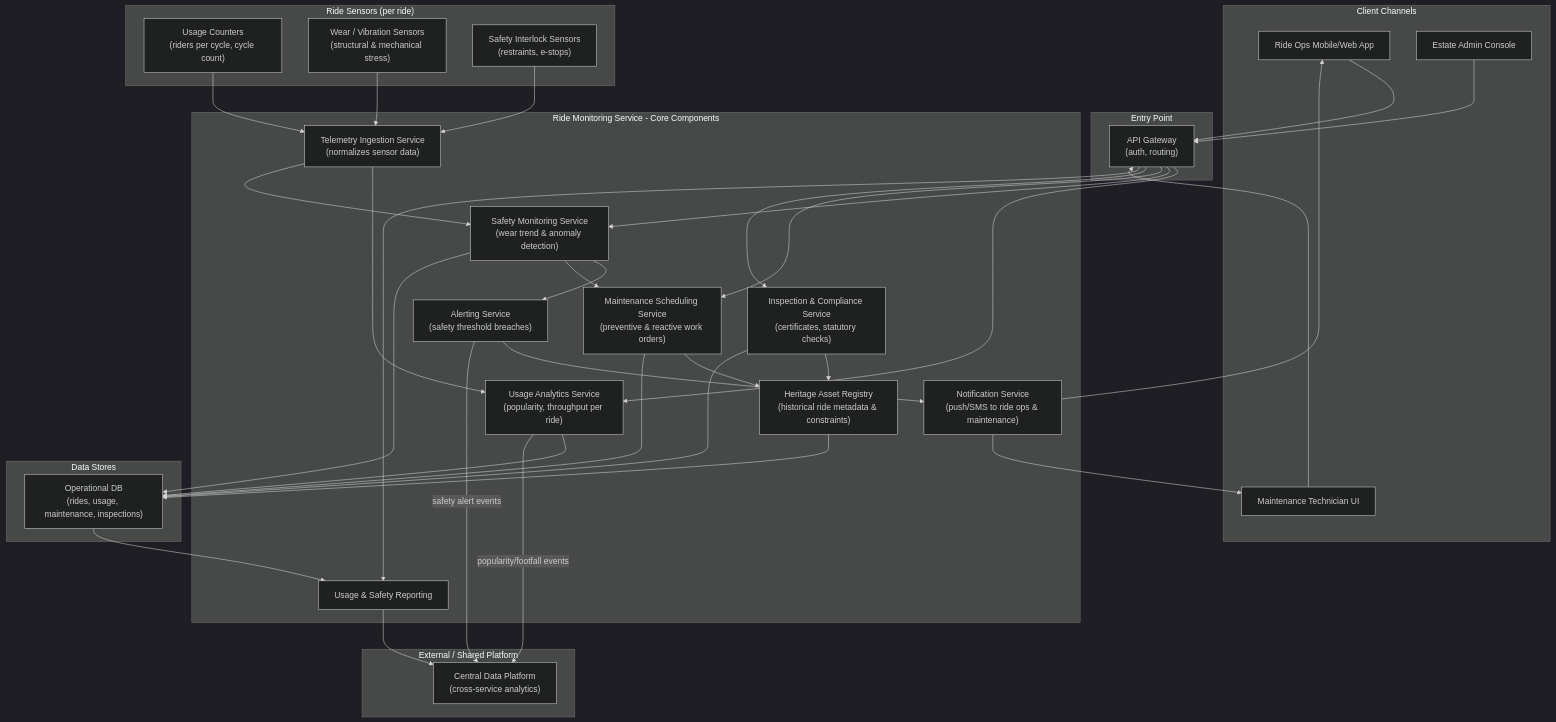
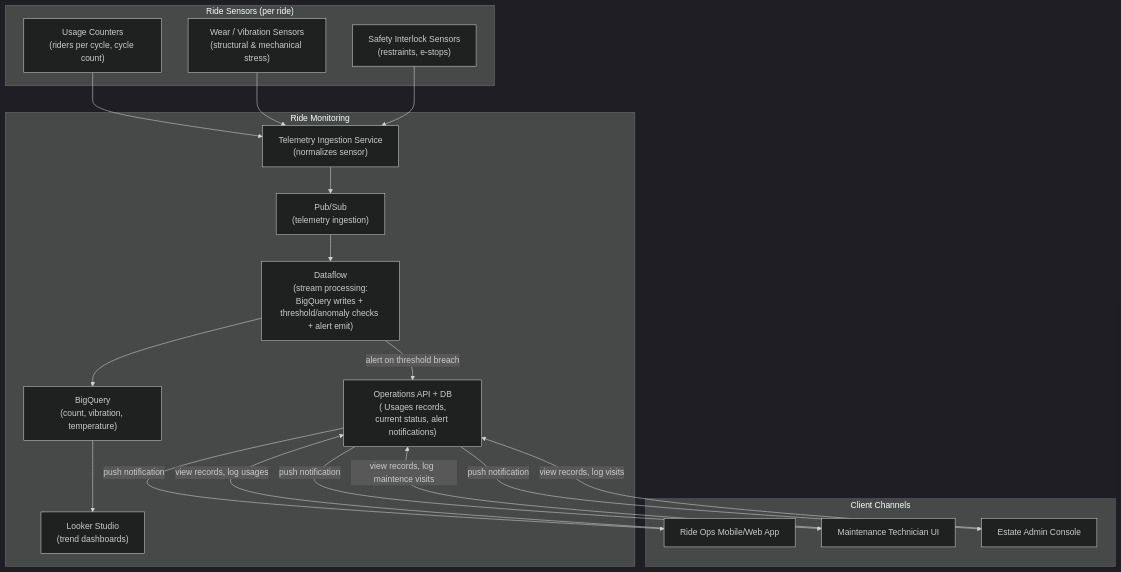
The diagram in hld/ride_monitoring_system/services.md (prafulnaveen/Marsian), drawn with Mermaid (dark theme) before and after one commit. The commit also changed other lines of this file and 3 other files, not shown here.

Commit message:
Updated the ride monitoring and animal health monitoring system

````diff
--- a/hld/ride_monitoring_system/services.md
+++ b/hld/ride_monitoring_system/services.md
@@ -5,76 +24,41 @@
 ```mermaid
 flowchart TB
-
-    subgraph CLIENTS["Client Channels"]
-        RIDEOPSAPP["Ride Ops Mobile/Web App"]
-        MAINTUI["Maintenance Technician UI"]
-        ADMINUI["Estate Admin Console"]
-    end
-
-    subgraph EDGE_ENTRY["Entry Point"]
-        APIGW["API Gateway\n(auth, routing)"]
-    end
 
     subgraph SENSORS["Ride Sensors (per ride)"]
         USAGESENSOR["Usage Counters\n(riders per cycle, cycle count)"]
         WEARSENSOR["Wear / Vibration Sensors\n(structural & mechanical stress)"]
         SAFETYSENSOR["Safety Interlock Sensors\n(restraints, e-stops)"]
     end
 
-    subgraph CORE["Ride Monitoring Service - Core Components"]
-        INGEST["Telemetry Ingestion Service\n(normalizes sensor data)"]
-        USAGESVC["Usage Analytics Service\n(popularity, throughput per ride)"]
-        SAFETYSVC["Safety Monitoring Service\n(wear trend & anomaly detection)"]
-        MAINTSVC["Maintenance Scheduling Service\n(preventive & reactive work orders)"]
-        INSPECTIONSVC["Inspection & Compliance Service\n(certificates, statutory checks)"]
-        HERITAGESVC["Heritage Asset Registry\n(historical ride metadata & constraints)"]
-        ALERTSVC["Alerting Service\n(safety threshold breaches)"]
-        NOTIFY["Notification Service\n(push/SMS to ride ops & maintenance)"]
-        REPORTING["Usage & Safety Reporting"]
+    subgraph CORE["Ride Monitoring"]
+        INGEST["Telemetry Ingestion Service\n(normalizes sensor)"]
+        PUBSUB["Pub/Sub\n(telemetry ingestion)"]
+        DATAFLOW["Dataflow\n(stream processing:\nBigQuery writes + threshold/anomaly checks + alert emit)"]
+        BQ["BigQuery\n(count, vibration, temperature)"]
+        LOOKER["Looker Studio\n(trend dashboards)"]
+
+        OPSAPI["Operations API + DB\n( Usages records,\ncurrent status, alert notifications)"]
     end
 
-    subgraph EXTERNAL["External / Shared Platform"]
-        DATAPLATFORM["Central Data Platform\n(cross-service analytics)"]
-    end
-
-    subgraph STORE["Data Stores"]
-        OPSDB["Operational DB\n(rides, usage, maintenance, inspections)"]
+    subgraph CLIENTS["Client Channels"]
+        RIDEOPSUI["Ride Ops Mobile/Web App"]
+        MAINTUI["Maintenance Technician UI"]
+        ADMINUI["Estate Admin Console"]
     end
 
     USAGESENSOR --> INGEST
     WEARSENSOR --> INGEST
     SAFETYSENSOR --> INGEST
+    INGEST --> PUBSUB --> DATAFLOW
+    DATAFLOW --> BQ --> LOOKER
+    DATAFLOW -->|"alert on threshold breach"| OPSAPI
+    
+    OPSAPI -->|"push notification"| ADMINUI
+    ADMINUI -->|"view records, log visits"| OPSAPI
 
-    RIDEOPSAPP --> APIGW
-    MAINTUI --> APIGW
-    ADMINUI --> APIGW
+    OPSAPI -->|"push notification"| RIDEOPSUI
+    RIDEOPSUI -->|"view records, log usages"| OPSAPI
 
-    APIGW --> USAGESVC
-    APIGW --> SAFETYSVC
-    APIGW --> MAINTSVC
-    APIGW --> INSPECTIONSVC
-    APIGW --> REPORTING
-
-    INGEST --> USAGESVC
-    INGEST --> SAFETYSVC
-
-    SAFETYSVC --> ALERTSVC
-    SAFETYSVC --> MAINTSVC
-    MAINTSVC --> HERITAGESVC
-    INSPECTIONSVC --> HERITAGESVC
-
-    ALERTSVC --> NOTIFY
-    NOTIFY --> RIDEOPSAPP
-    NOTIFY --> MAINTUI
-
-    USAGESVC --> OPSDB
-    SAFETYSVC --> OPSDB
-    MAINTSVC --> OPSDB
-    INSPECTIONSVC --> OPSDB
-    HERITAGESVC --> OPSDB
-
-    OPSDB --> REPORTING
-    REPORTING --> DATAPLATFORM
-    ALERTSVC -->|"safety alert events"| DATAPLATFORM
-    USAGESVC -->|"popularity/footfall events"| DATAPLATFORM
+    OPSAPI -->|"push notification"| MAINTUI
+    MAINTUI -->|"view records, log  maintence visits"| OPSAPI
 ```
````
